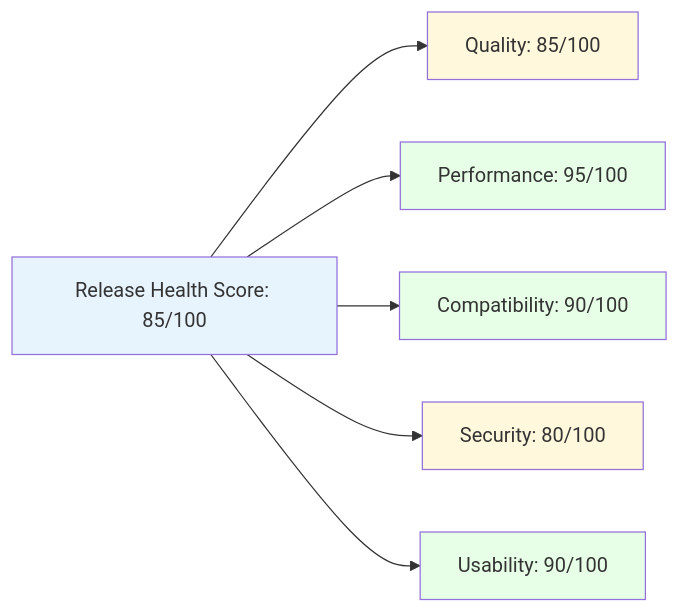
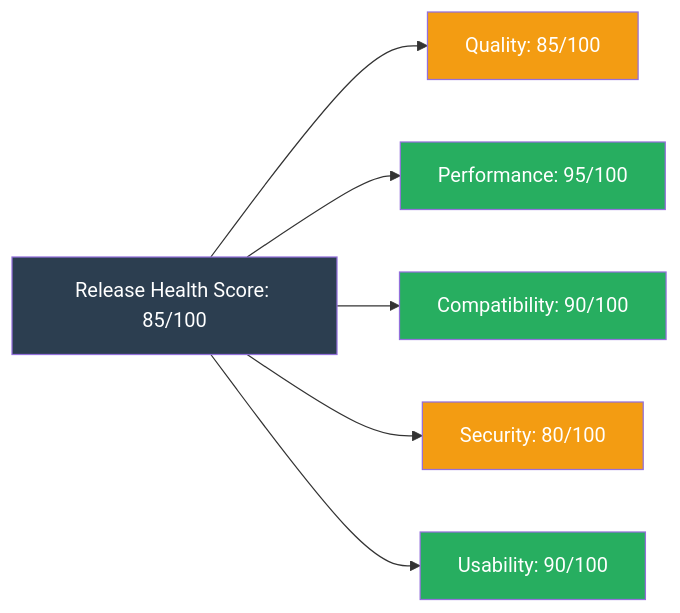
One commit to Tasmimdristy7/qa-lifecycle-suite changed the seventh of 7 diagrams in docs/qa-lifecycle-diagram.md. Above: the diagram before and after it, drawn with Mermaid. The commit also changed other lines of this file and 3 other files, not shown here.

````diff
--- a/docs/qa-lifecycle-diagram.md
+++ b/docs/qa-lifecycle-diagram.md
@@ -142,15 +142,15 @@
 ```mermaid
 graph LR
     A[Release Health Score: 85/100] --> B[Quality: 85/100]
     A --> C[Performance: 95/100]
     A --> D[Compatibility: 90/100]
     A --> E[Security: 80/100]
     A --> F[Usability: 90/100]
     
-    style A fill:#e8f4fd
-    style B fill:#fff8dc
-    style C fill:#e6ffe6
-    style D fill:#e6ffe6
-    style E fill:#fff8dc
-    style F fill:#e6ffe6
+    style A fill:#2c3e50,color:#ffffff
+    style B fill:#f39c12,color:#ffffff
+    style C fill:#27ae60,color:#ffffff
+    style D fill:#27ae60,color:#ffffff
+    style E fill:#f39c12,color:#ffffff
+    style F fill:#27ae60,color:#ffffff
 ```
````
